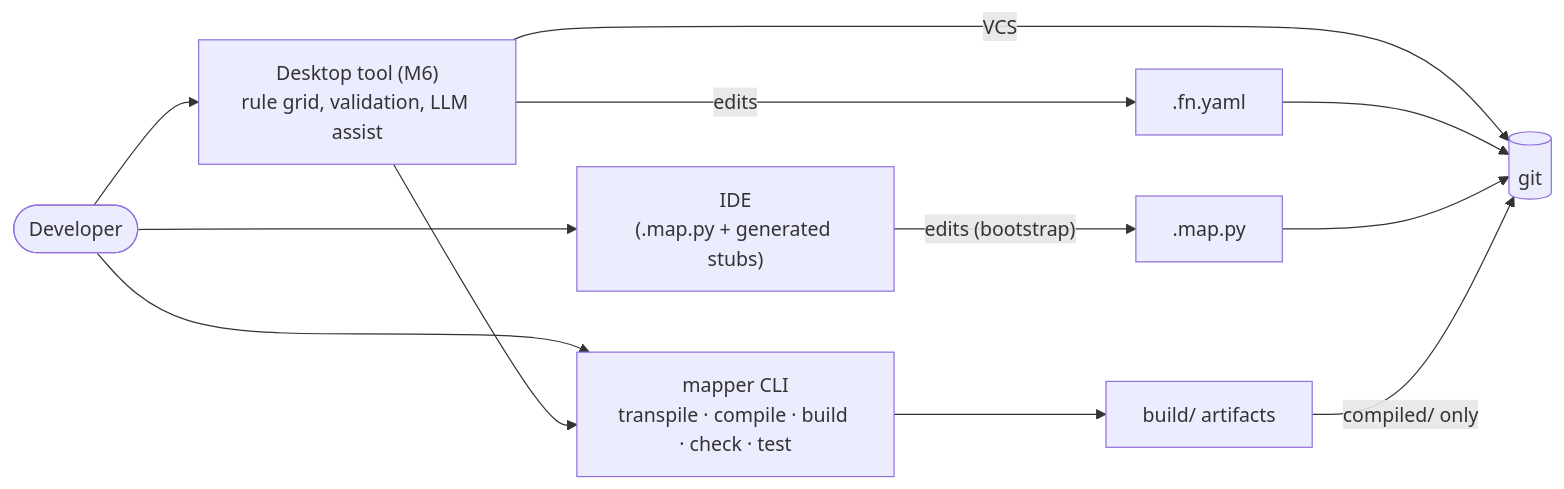
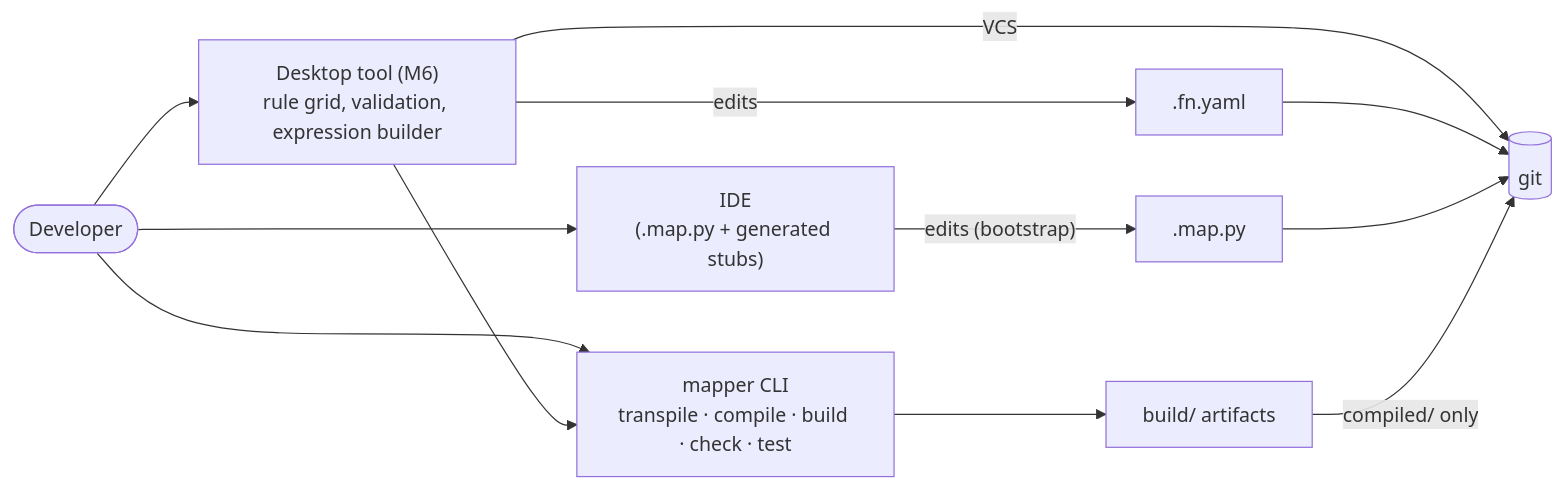
The seventh of 7 diagrams in docs/ARCHITECTURE.md (elegos/json2json-mapping-engine), drawn with Mermaid before and after one commit. The commit also changed other lines of this file and 6 other files, not shown here.

Commit message:
Check: did-you-mean, friendlier syntax and name errors; LLM kept for the expression builder and import only

````diff
--- a/docs/ARCHITECTURE.md
+++ b/docs/ARCHITECTURE.md
@@ -200,14 +200,14 @@
 ```mermaid
 flowchart LR
-    DEV(["Developer"]) --> UI["Desktop tool (M6)<br/>rule grid, validation, LLM assist"]
+    DEV(["Developer"]) --> UI["Desktop tool (M6)<br/>rule grid, validation, expression builder"]
     DEV --> IDE["IDE<br/>(.map.py + generated stubs)"]
     DEV --> CLI["mapper CLI<br/>transpile · compile · build · check · test"]
     UI -->|"edits"| FNY[".fn.yaml"]
     UI --> CLI
     IDE -->|"edits (bootstrap)"| MAPPY[".map.py"]
     CLI --> ART["build/ artifacts"]
     UI -->|"VCS"| GIT[("git")]
     FNY --> GIT
     MAPPY --> GIT
     ART -->|"compiled/ only"| GIT
 ```
````
